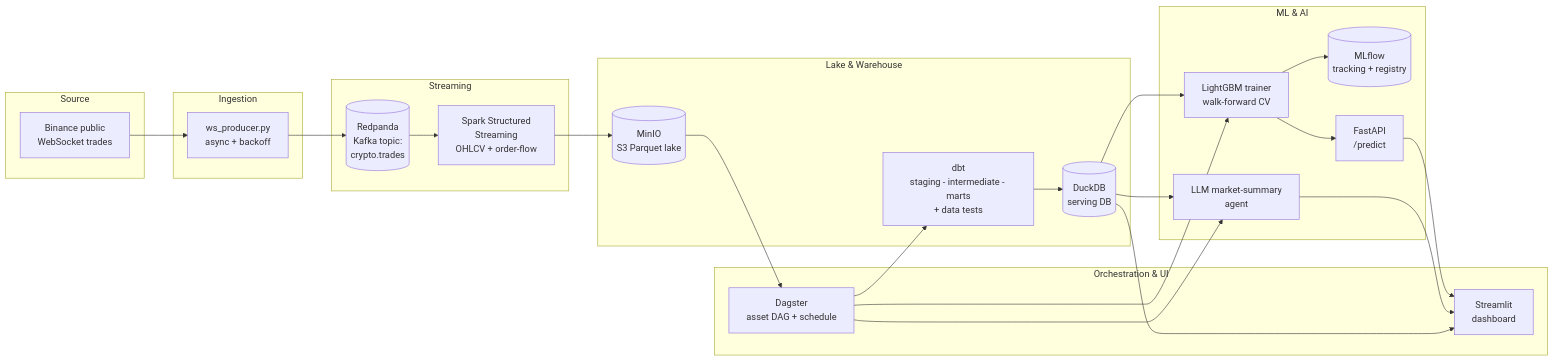
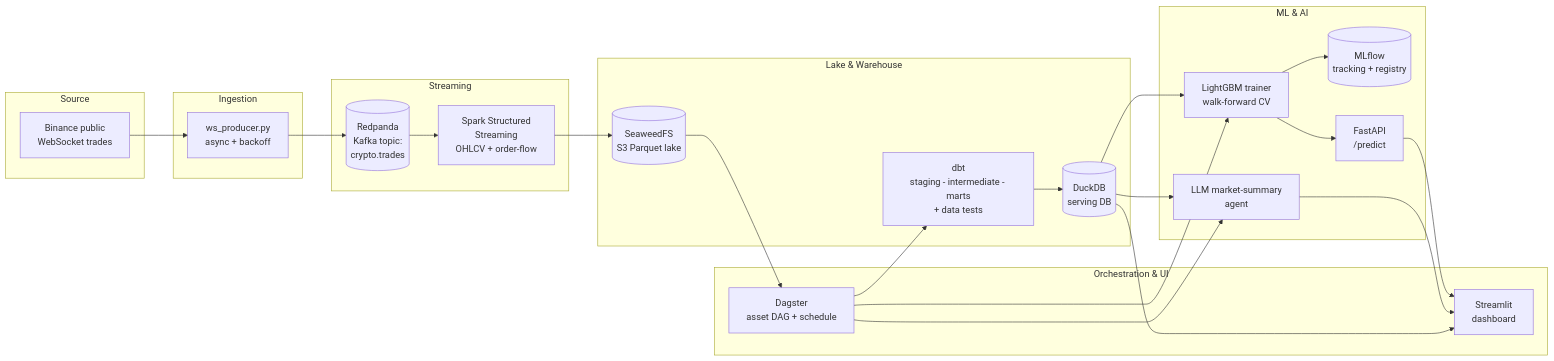
The diagram in docs/architecture.md (DevammPatel/CryptoStream), drawn with Mermaid before and after one commit. The commit also changed other lines of this file and 5 other files, not shown here.

First line of the commit message:
Replace MinIO with SeaweedFS for the data lake

````diff
--- a/docs/architecture.md
+++ b/docs/architecture.md
@@ -5,45 +5,45 @@
 ```mermaid
 flowchart LR
     subgraph Source
         B[Binance public\nWebSocket trades]
     end
 
     subgraph Ingestion
         P[ws_producer.py\nasync + backoff]
     end
 
     subgraph Streaming
         RP[(Redpanda\nKafka topic:\ncrypto.trades)]
         SP[Spark Structured\nStreaming\nOHLCV + order-flow]
     end
 
     subgraph Lake & Warehouse
-        MINIO[(MinIO\nS3 Parquet lake)]
+        LAKE[(SeaweedFS\nS3 Parquet lake)]
         DUCK[(DuckDB\nserving DB)]
         DBT[dbt\nstaging - intermediate - marts\n+ data tests]
     end
 
     subgraph ML & AI
         TRAIN[LightGBM trainer\nwalk-forward CV]
         MLF[(MLflow\ntracking + registry)]
         API[FastAPI\n/predict]
         LLM[LLM market-summary\nagent]
     end
 
     subgraph Orchestration & UI
         DAG[Dagster\nasset DAG + schedule]
         DASH[Streamlit\ndashboard]
     end
 
-    B --> P --> RP --> SP --> MINIO
-    MINIO --> DAG
+    B --> P --> RP --> SP --> LAKE
+    LAKE --> DAG
     DAG --> DBT --> DUCK
     DUCK --> TRAIN --> MLF
     TRAIN --> API
     DUCK --> LLM
     API --> DASH
     LLM --> DASH
     DUCK --> DASH
     DAG --> TRAIN
     DAG --> LLM
 ```
````
